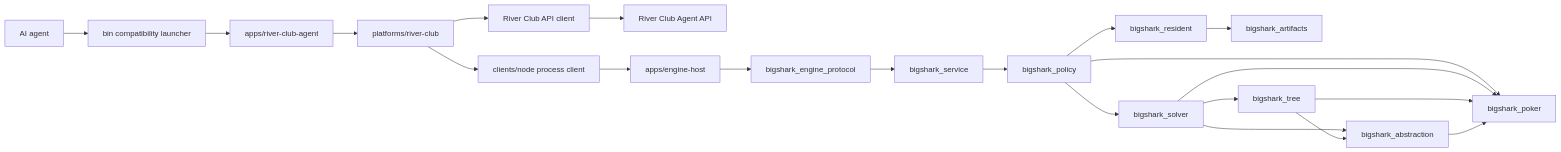
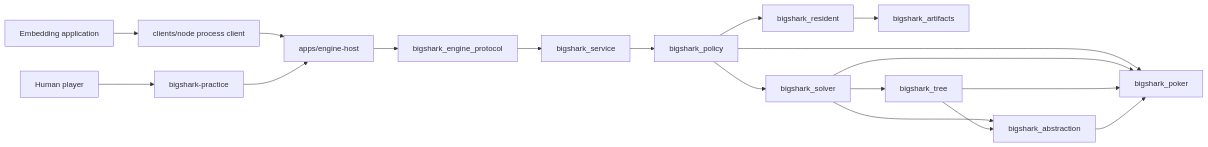
Before and after one commit to Zzzode/BigShark: the diagram in docs/architecture/system-overview.md, drawn with Mermaid. The commit also changed other lines of this file and 85 other files, not shown here.

First line of the commit message:
refactor!: retire River Club Agent API v2.1 integration (RFC 0040)

````diff
--- a/docs/architecture/system-overview.md
+++ b/docs/architecture/system-overview.md
@@ -38,23 +38,20 @@
 ```mermaid
 flowchart LR
-  Agent[AI agent] --> Launcher[bin compatibility launcher]
-  Launcher --> Runner[apps/river-club-agent]
-  Runner --> River[platforms/river-club]
-  River --> CLI[River Club API client]
-  CLI --> API[River Club Agent API]
-  River --> Client[clients/node process client]
+  Consumer[Embedding application] --> Client[clients/node process client]
+  Human[Human player] --> Practice[bigshark-practice]
   Client --> Host[apps/engine-host]
+  Practice --> Host
   Host --> Proto[bigshark_engine_protocol]
   Proto --> Service[bigshark_service]
   Service --> Policy[bigshark_policy]
   Policy --> Resident[bigshark_resident]
   Resident --> Artifacts[bigshark_artifacts]
   Policy --> Solver[bigshark_solver]
   Policy --> Poker[bigshark_poker]
   Solver --> Tree[bigshark_tree]
   Solver --> Abstraction[bigshark_abstraction]
   Solver --> Poker
   Tree --> Abstraction
   Tree --> Poker
   Abstraction --> Poker
 ```
````
